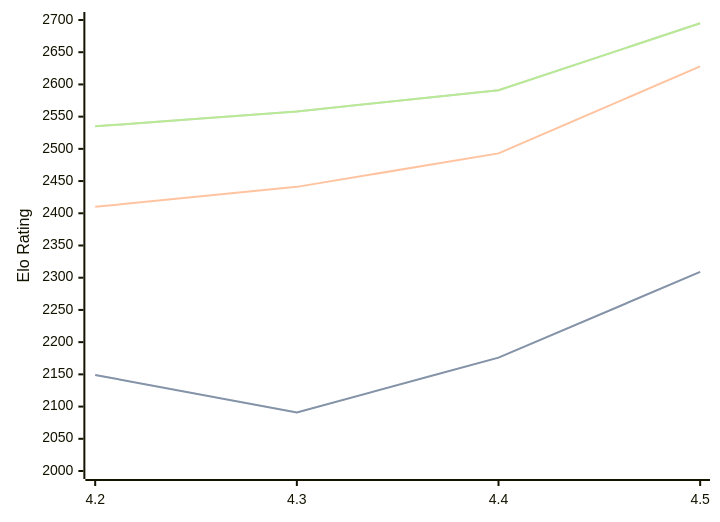
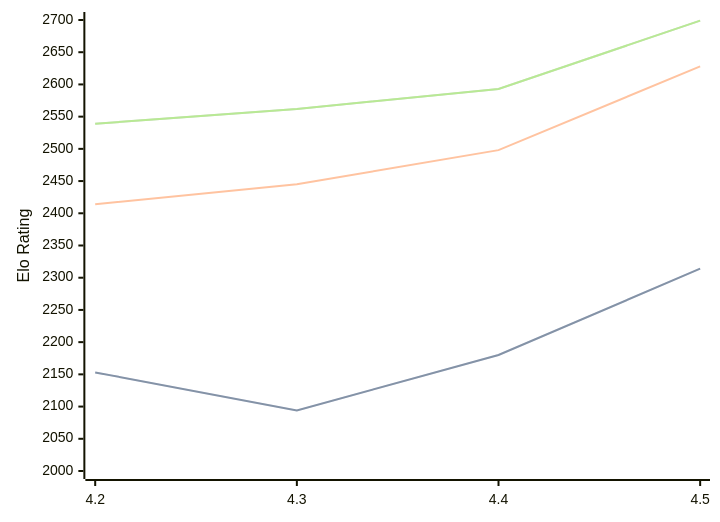
The diagram in engines/Eubos.md (computer-chess-index/cci), drawn with Mermaid before and after one commit. The commit also changed other lines of this file, not shown here.

Commit message:
Update CCI Ratings (ELO VLTC) - 2026-08-18

````diff
--- a/engines/Eubos.md
+++ b/engines/Eubos.md
@@ -34,11 +34,11 @@
 ```mermaid
 %%{init: {"theme":"base","themeVariables":{"seriesColors:['#a3a3a3','#222221','#faa371']}}}%%
 xychart-beta
   x-axis ["4.2", "4.3", "4.4", "4.5"]
   y-axis "Elo Rating" 2000 --> 2700
-  line "STC (8.0+0.08s)" [2149, 2091, 2176, 2309]
-  line "STC (8.0+0.08s)" [2149, 2091, 2176, 2309]
-  line "LTC (60.0+0.60s)" [2410, 2441, 2493, 2628]
-  line "VLTC (2m24s+1.12s)" [2535, 2558, 2591, 2695]
-  line "VLTC (2m24s+1.12s)" [2535, 2558, 2591, 2695]
+  line "STC (8.0+0.08s)" [2153, 2094, 2180, 2314]
+  line "STC (8.0+0.08s)" [2153, 2094, 2180, 2314]
+  line "LTC (60.0+0.60s)" [2414, 2445, 2498, 2628]
+  line "VLTC (2m24s+1.12s)" [2539, 2562, 2593, 2699]
+  line "VLTC (2m24s+1.12s)" [2539, 2562, 2593, 2699]
 ```
````
